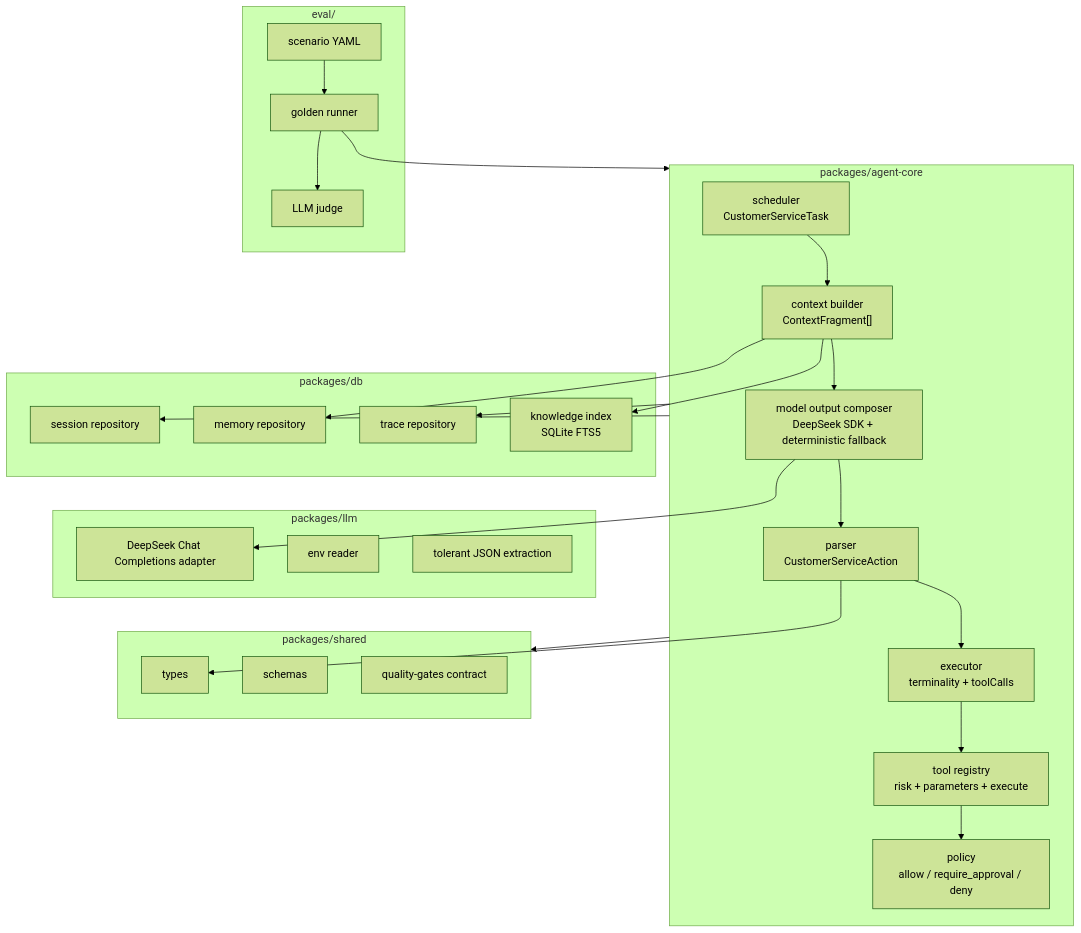
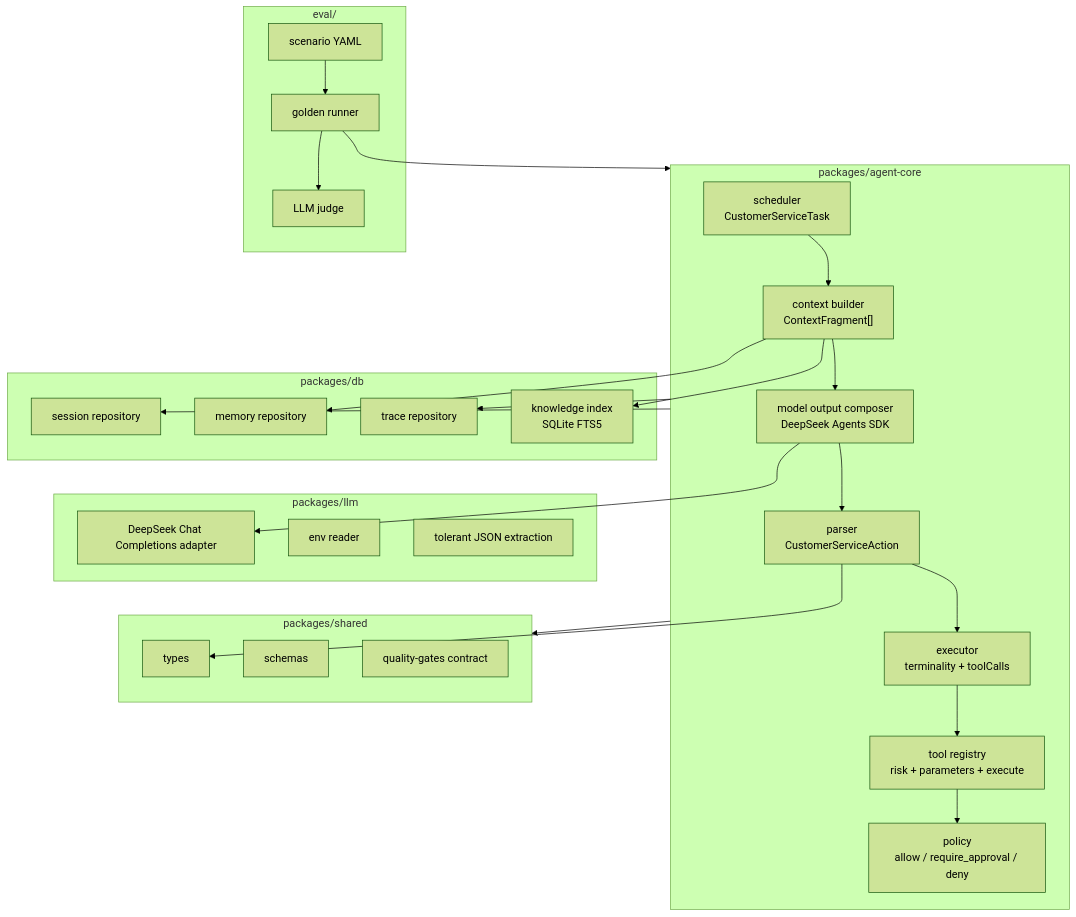
Before and after one commit to ImWenyaoT/chatty: the second of 6 diagrams in docs/current-architecture.md, drawn with Mermaid (forest theme). The commit also changed other lines of this file and 30 other files, not shown here.

````diff
--- a/docs/current-architecture.md
+++ b/docs/current-architecture.md
@@ -110,50 +110,50 @@
 ```mermaid
 flowchart TD
   subgraph Core["packages/agent-core"]
     S["scheduler<br/>CustomerServiceTask"]
     C["context builder<br/>ContextFragment[]"]
-    M["model output composer<br/>DeepSeek SDK + deterministic fallback"]
+    M["model output composer<br/>DeepSeek Agents SDK"]
     P["parser<br/>CustomerServiceAction"]
     E["executor<br/>terminality + toolCalls"]
     R["tool registry<br/>risk + parameters + execute"]
     Policy["policy<br/>allow / require_approval / deny"]
   end
 
   subgraph DB["packages/db"]
     Sessions["session repository"]
     Memories["memory repository"]
     Traces["trace repository"]
     KIndex["knowledge index<br/>SQLite FTS5"]
   end
 
   subgraph LLM["packages/llm"]
     Chat["DeepSeek Chat Completions adapter"]
     Env["env reader"]
     JSON["tolerant JSON extraction"]
   end
 
   subgraph Shared["packages/shared"]
     Types["types"]
     Schemas["schemas"]
     Gates["quality-gates contract"]
   end
 
   subgraph Eval["eval/"]
     Runner["golden runner"]
     Judge["LLM judge"]
     Golden["scenario YAML"]
   end
 
   S --> C --> M --> P --> E
   E --> R --> Policy
   C --> Memories
   C --> KIndex
   M --> Chat
   P --> Types
   Runner --> Core
   Runner --> Judge
   Golden --> Runner
   Core --> Traces
   Core --> Sessions
   Core --> Shared
 ```
````
